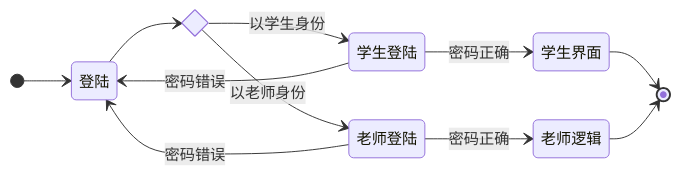
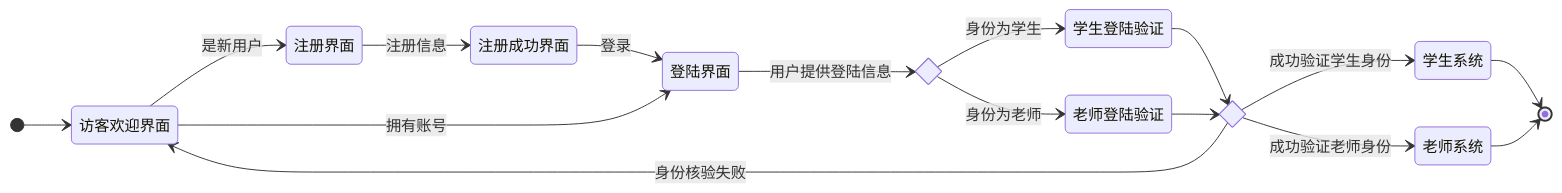
The diagram in doc/need-anal/state-login.mmd (Group-Lynx/grid), drawn with Mermaid before and after one commit. The commit also changed 2 other files, not shown here.

Commit message:
状态图

```diff
--- a/doc/need-anal/state-login.mmd
+++ b/doc/need-anal/state-login.mmd
@@ -1,17 +1,24 @@
 stateDiagram-v2
 direction LR
-    [*] --> 登陆
-    
-    state login_branch <<choice>>
-    登陆 --> login_branch
-    
-    login_branch --> 学生登陆: 以学生身份
-    login_branch --> 老师登陆: 以老师身份
+    [*] --> 访客欢迎界面
 
-    学生登陆 --> 登陆: 密码错误
-    老师登陆 --> 登陆: 密码错误
+    访客欢迎界面 --> 注册界面: 是新用户
+    注册界面 --> 注册成功界面: 注册信息
+    注册成功界面 --> 登陆界面: 登录
 
-    学生登陆 --> 学生界面: 密码正确
-    学生界面 --> [*]
-    老师登陆 --> 老师逻辑: 密码正确
-    老师逻辑 --> [*]
+    访客欢迎界面 --> 登陆界面: 拥有账号
+
+    state LoginBranch <<choice>>
+    登陆界面 --> LoginBranch: 用户提供登陆信息
+    LoginBranch --> 学生登陆验证: 身份为学生
+    LoginBranch --> 老师登陆验证: 身份为老师
+
+    state PswdCheck <<choice>>
+    学生登陆验证 --> PswdCheck 
+    老师登陆验证 --> PswdCheck 
+    PswdCheck --> 访客欢迎界面: 身份核验失败
+    PswdCheck --> 学生系统: 成功验证学生身份
+    PswdCheck --> 老师系统: 成功验证老师身份
+
+    学生系统 --> [*]
+    老师系统 --> [*]
```
